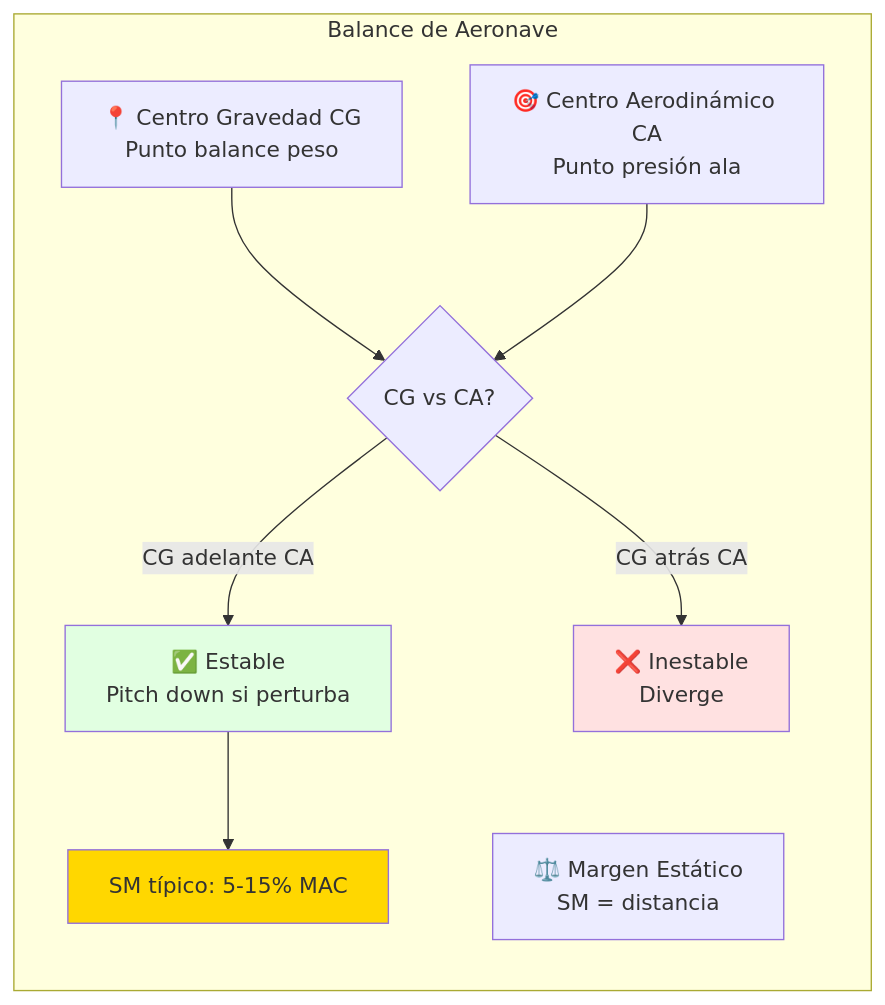
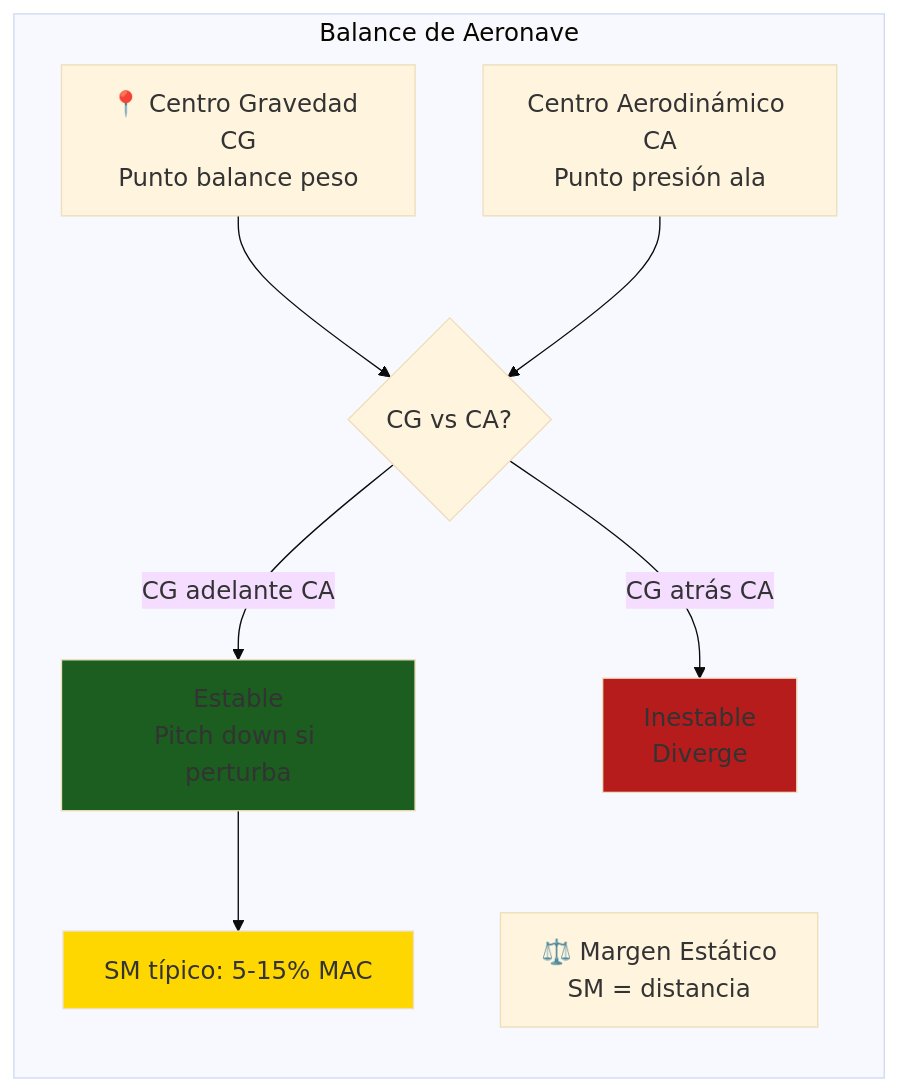
Before and after one commit to Ai-Whisperers/Courses-Content: the sixth of 12 diagrams in courses/🟡-development/FPUNA-2026/03-INGENIERIA-AERONAUTICA/05-diseno-aeronaves.md, drawn with Mermaid. The commit also changed other lines of this file and 47 other files, not shown here.

First line of the commit message:
fix: Make all 473 diagrams WCAG AAA accessible (FPUNA-2026)

````diff
--- a/courses/🟡-development/FPUNA-2026/03-INGENIERIA-AERONAUTICA/05-diseno-aeronaves.md
+++ b/courses/🟡-development/FPUNA-2026/03-INGENIERIA-AERONAUTICA/05-diseno-aeronaves.md
@@ -441,20 +446,21 @@
 ```mermaid
+%%{init: {'theme':'base', 'themeVariables': {'fontSize':'18px'}}}%%
 graph LR
     subgraph "Balance de Aeronave"
         A[📍 Centro Gravedad CG<br/>Punto balance peso]
-        B[🎯 Centro Aerodinámico CA<br/>Punto presión ala]
+        B[Centro Aerodinámico CA<br/>Punto presión ala]
         C[⚖️ Margen Estático<br/>SM = distancia]
         
         A --> D{CG vs CA?}
         B --> D
         
-        D -->|CG adelante CA| E[✅ Estable<br/>Pitch down si perturba]
-        D -->|CG atrás CA| F[❌ Inestable<br/>Diverge]
+        D -->|CG adelante CA| E[Estable<br/>Pitch down si perturba]
+        D -->|CG atrás CA| F[Inestable<br/>Diverge]
         
         E --> G[SM típico: 5-15% MAC]
     end
     
-    style E fill:#E1FFE1
-    style F fill:#FFE1E1
+    style E fill:#1b5e20
+    style F fill:#b71c1c
     style G fill:#FFD700
 ```
````
